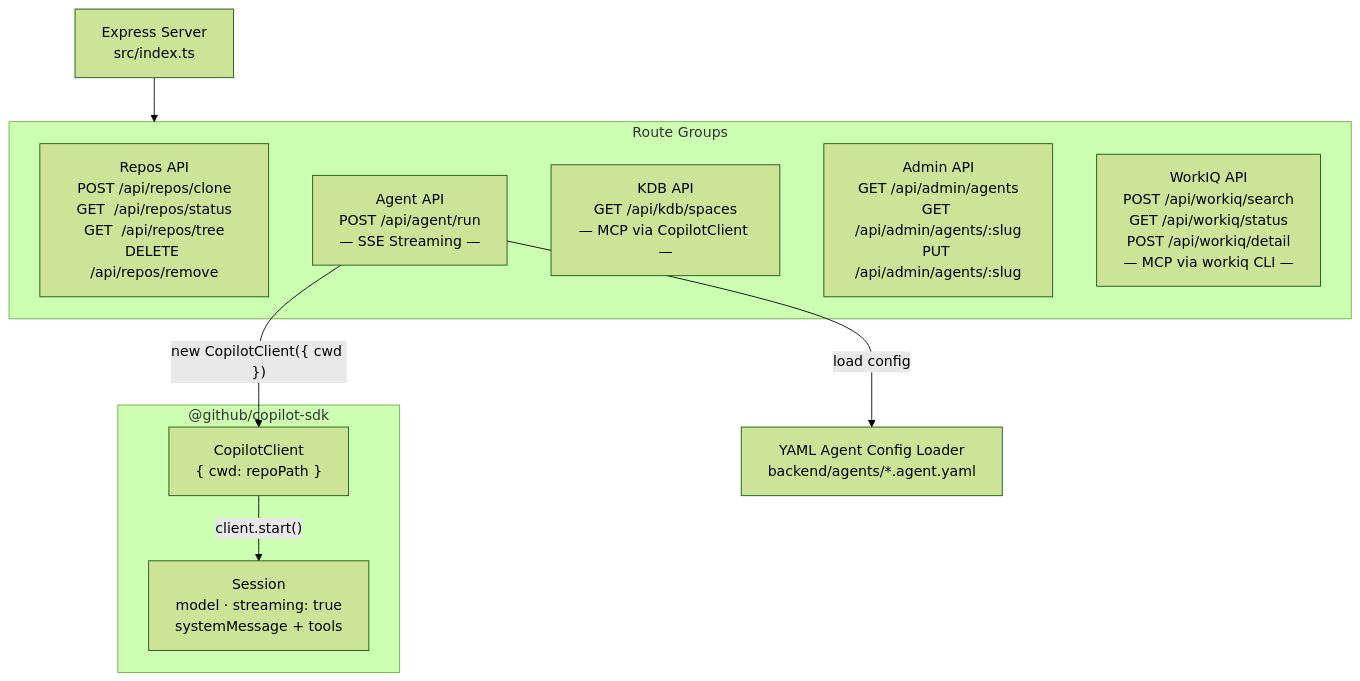
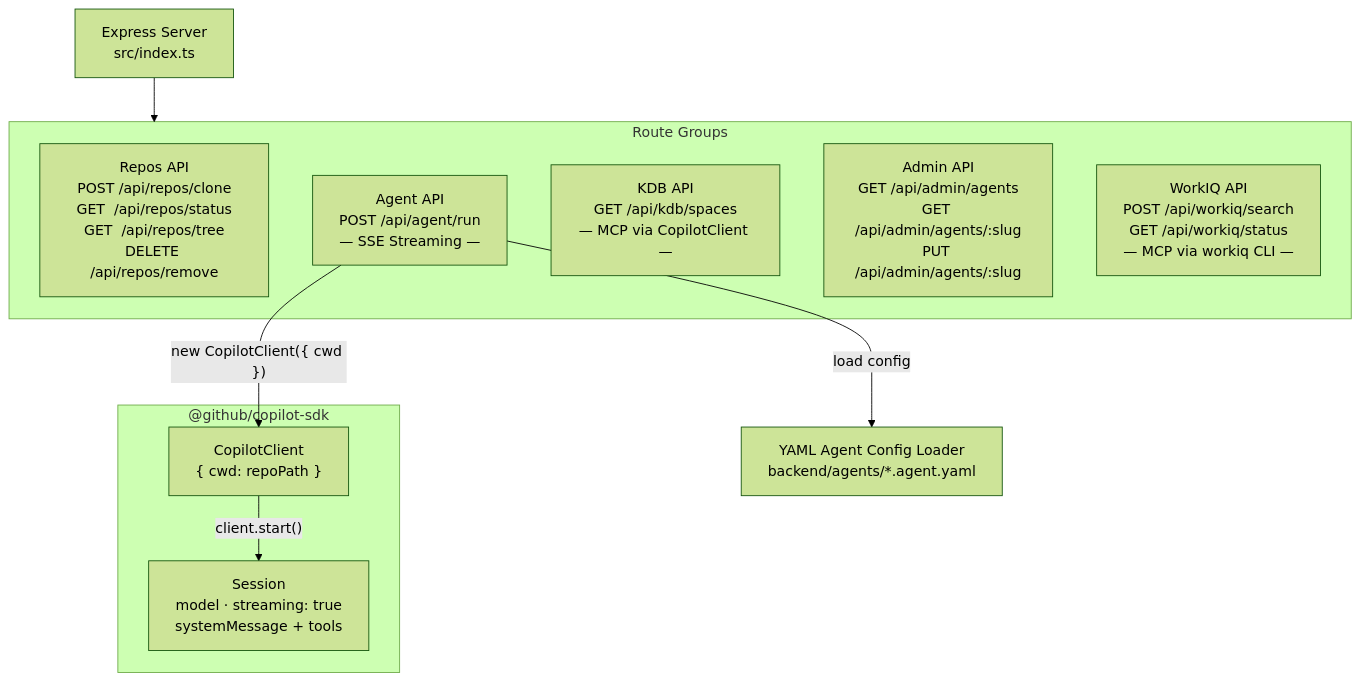
One commit to ricardocovo/agentic-web-spec changed the third of 6 diagrams in ARCHITECTURE.md. Above: the diagram before and after it, drawn with Mermaid (forest theme). The commit also changed other lines of this file and 27 other files, not shown here.

````diff
--- a/ARCHITECTURE.md
+++ b/ARCHITECTURE.md
@@ -47,24 +47,24 @@
 ```mermaid
 flowchart TD
     Express["Express Server\nsrc/index.ts"]
 
     subgraph Routes["Route Groups"]
         ReposRoute["Repos API\nPOST /api/repos/clone\nGET  /api/repos/status\nGET  /api/repos/tree\nDELETE /api/repos/remove"]
         AgentRoute["Agent API\nPOST /api/agent/run\n— SSE Streaming —"]
         KdbRoute["KDB API\nGET /api/kdb/spaces\n— MCP via CopilotClient —"]
         AdminRoute["Admin API\nGET /api/admin/agents\nGET /api/admin/agents/:slug\nPUT /api/admin/agents/:slug"]
-        WorkiqRoute["WorkIQ API\nPOST /api/workiq/search\nGET  /api/workiq/status\nPOST /api/workiq/detail\n— MCP via workiq CLI —"]
+        WorkiqRoute["WorkIQ API\nPOST /api/workiq/search\nGET  /api/workiq/status\n— MCP via workiq CLI —"]
     end
 
     YAMLLoader["YAML Agent Config Loader\nbackend/agents/*.agent.yaml"]
 
     subgraph CopilotSDK["@github/copilot-sdk"]
         CopilotClient["CopilotClient\n{ cwd: repoPath }"]
         Session["Session\nmodel · streaming: true\nsystemMessage + tools"]
     end
 
     Express --> Routes
     AgentRoute -- "load config" --> YAMLLoader
     AgentRoute -- "new CopilotClient({ cwd })" --> CopilotClient
     CopilotClient -- "client.start()" --> Session
 ```
````
